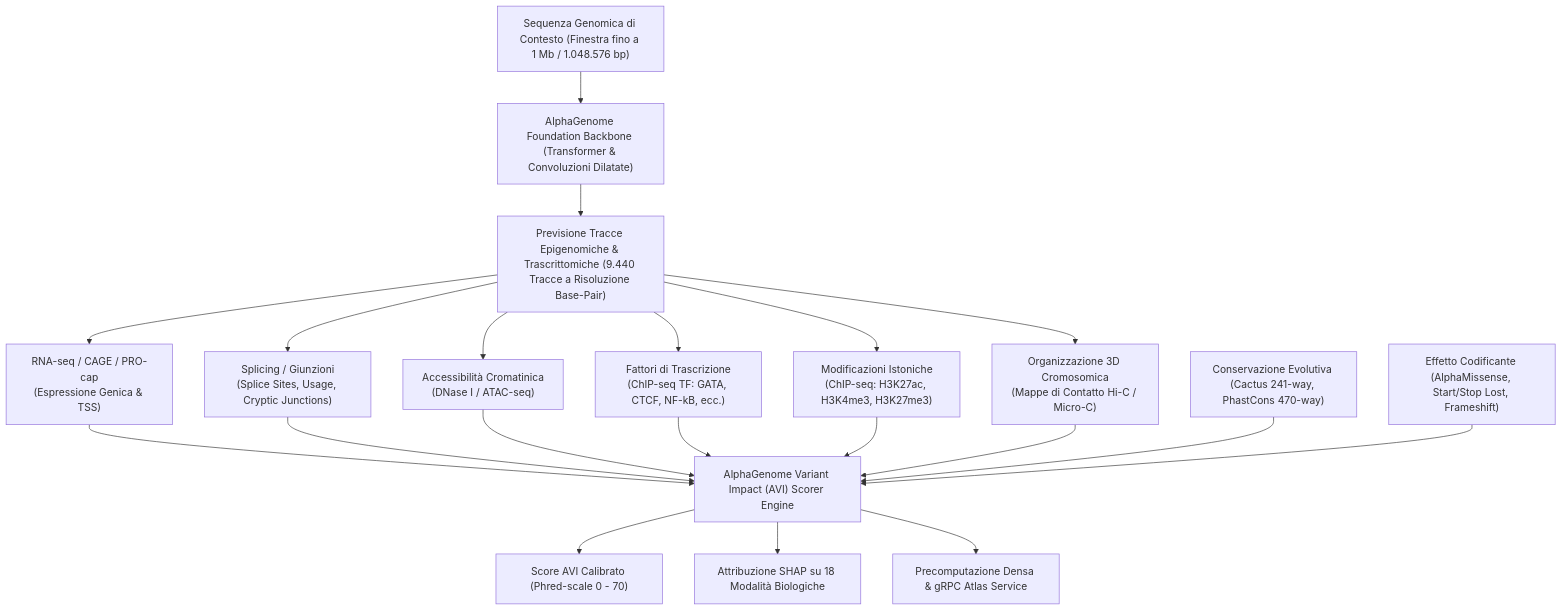
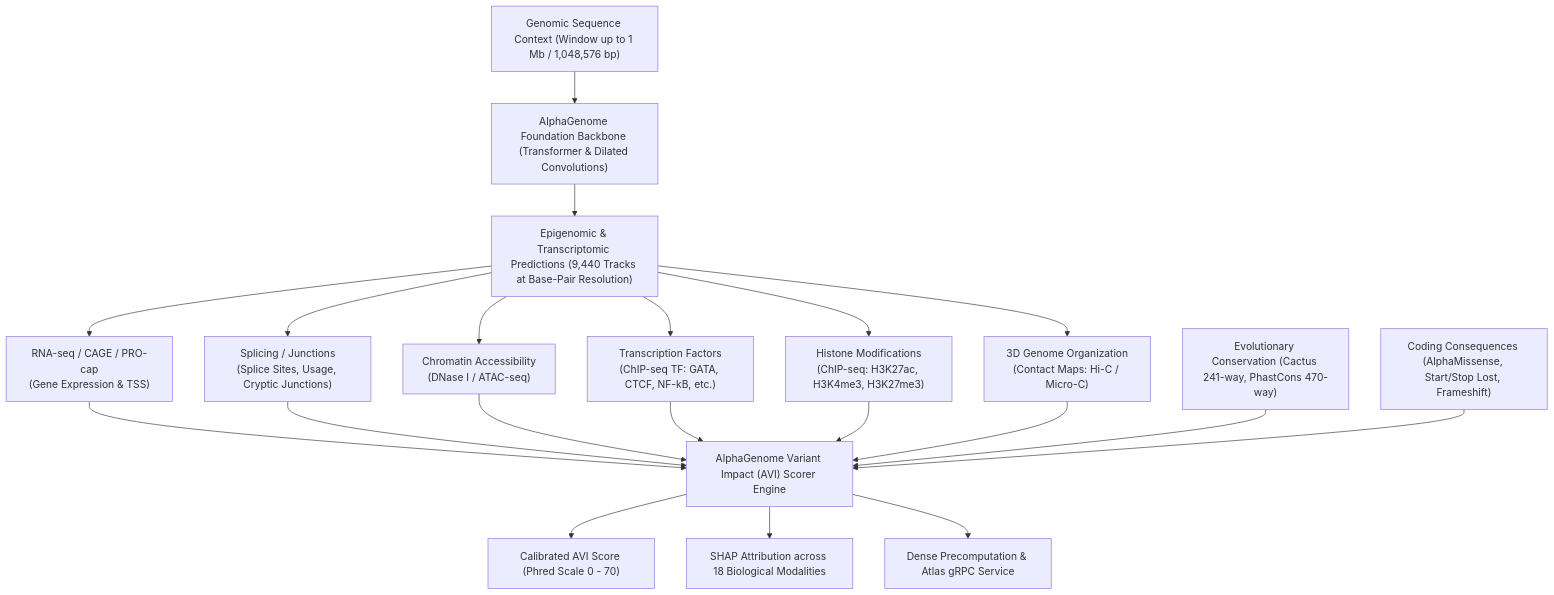
Before and after one commit to davide6600/EvoScan: the diagram in ALPHAGENOME_ATLAS_GUIDE.md, drawn with Mermaid. The commit also changed other lines of this file and 5 other files, not shown here.

````diff
--- a/ALPHAGENOME_ATLAS_GUIDE.md
+++ b/ALPHAGENOME_ATLAS_GUIDE.md
@@ -24,20 +24,20 @@
 ```mermaid
 flowchart TD
-    A["Sequenza Genomica di Contesto (Finestra fino a 1 Mb / 1.048.576 bp)"] --> B["AlphaGenome Foundation Backbone (Transformer & Convoluzioni Dilatate)"]
-    B --> C["Previsione Tracce Epigenomiche & Trascrittomiche (9.440 Tracce a Risoluzione Base-Pair)"]
+    A["Genomic Sequence Context (Window up to 1 Mb / 1,048,576 bp)"] --> B["AlphaGenome Foundation Backbone (Transformer & Dilated Convolutions)"]
+    B --> C["Epigenomic & Transcriptomic Predictions (9,440 Tracks at Base-Pair Resolution)"]
     
-    C --> D1["RNA-seq / CAGE / PRO-cap\n(Espressione Genica & TSS)"]
-    C --> D2["Splicing / Giunzioni\n(Splice Sites, Usage, Cryptic Junctions)"]
-    C --> D3["Accessibilità Cromatinica\n(DNase I / ATAC-seq)"]
-    C --> D4["Fattori di Trascrizione\n(ChIP-seq TF: GATA, CTCF, NF-kB, ecc.)"]
-    C --> D5["Modificazioni Istoniche\n(ChIP-seq: H3K27ac, H3K4me3, H3K27me3)"]
-    C --> D6["Organizzazione 3D Cromosomica\n(Mappe di Contatto Hi-C / Micro-C)"]
+    C --> D1["RNA-seq / CAGE / PRO-cap\n(Gene Expression & TSS)"]
+    C --> D2["Splicing / Junctions\n(Splice Sites, Usage, Cryptic Junctions)"]
+    C --> D3["Chromatin Accessibility\n(DNase I / ATAC-seq)"]
+    C --> D4["Transcription Factors\n(ChIP-seq TF: GATA, CTCF, NF-kB, etc.)"]
+    C --> D5["Histone Modifications\n(ChIP-seq: H3K27ac, H3K4me3, H3K27me3)"]
+    C --> D6["3D Genome Organization\n(Contact Maps: Hi-C / Micro-C)"]
     
     D1 & D2 & D3 & D4 & D5 & D6 --> E["AlphaGenome Variant Impact (AVI) Scorer Engine"]
-    F["Conservazione Evolutiva (Cactus 241-way, PhastCons 470-way)"] --> E
-    G["Effetto Codificante (AlphaMissense, Start/Stop Lost, Frameshift)"] --> E
+    F["Evolutionary Conservation (Cactus 241-way, PhastCons 470-way)"] --> E
+    G["Coding Consequences (AlphaMissense, Start/Stop Lost, Frameshift)"] --> E
     
-    E --> H["Score AVI Calibrato (Phred-scale 0 - 70)"]
-    E --> I["Attribuzione SHAP su 18 Modalità Biologiche"]
-    E --> J["Precomputazione Densa & gRPC Atlas Service"]
+    E --> H["Calibrated AVI Score (Phred Scale 0 - 70)"]
+    E --> I["SHAP Attribution across 18 Biological Modalities"]
+    E --> J["Dense Precomputation & Atlas gRPC Service"]
 ```
````
